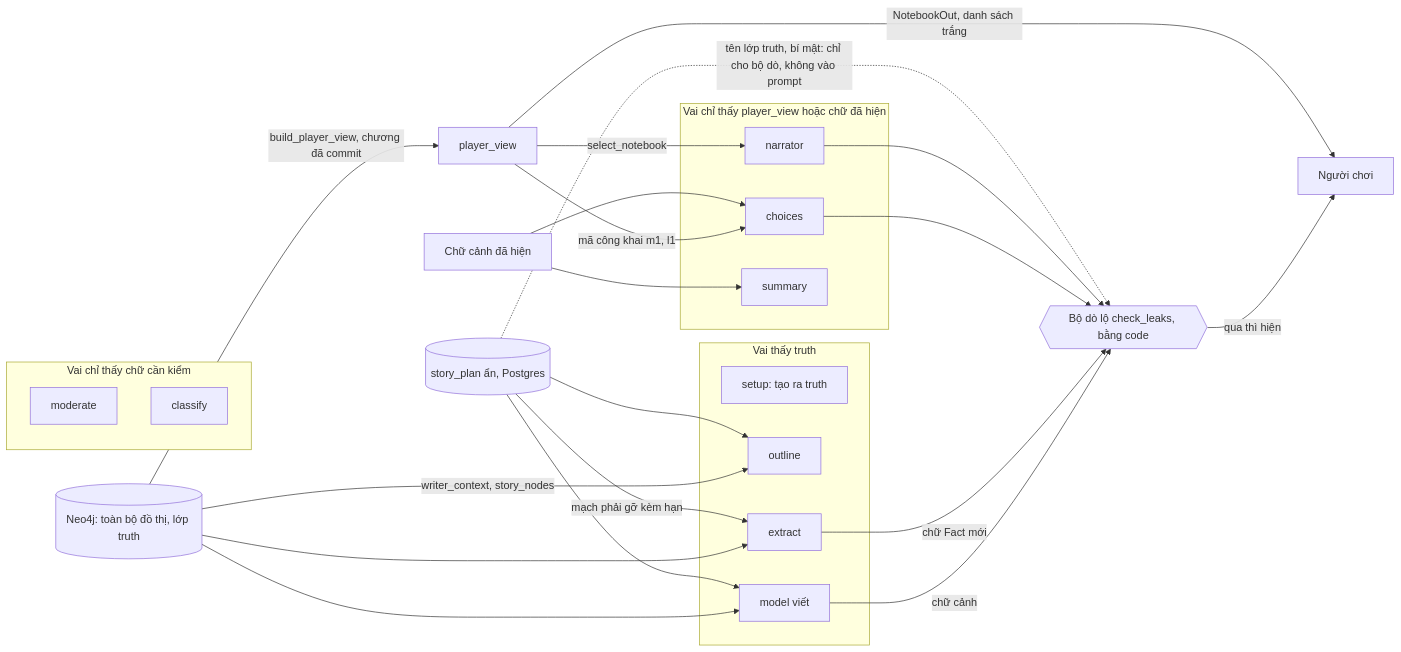
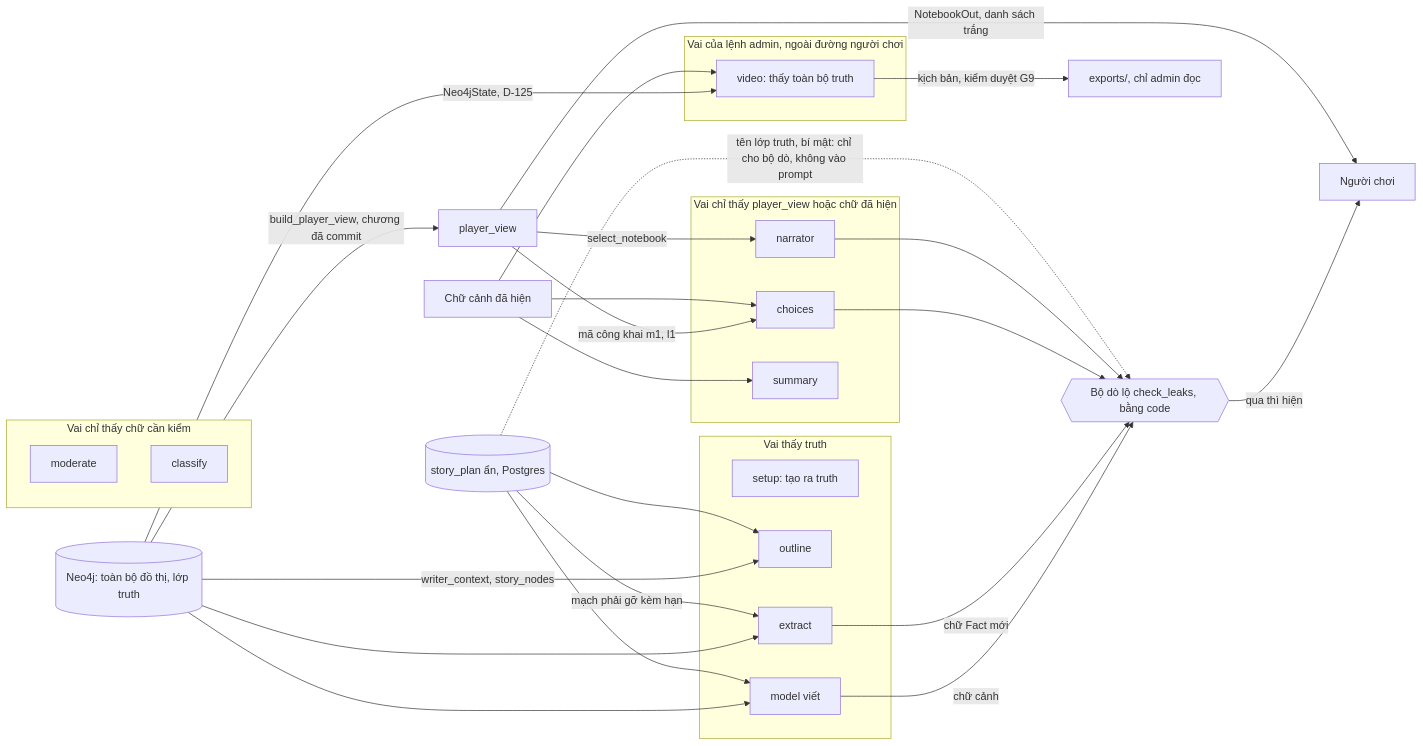
The eighth of 12 diagrams in docs/architecture.md (orms147/writory), drawn with Mermaid before and after one commit. The commit also changed other lines of this file and 5 other files, not shown here.

````diff
--- a/docs/architecture.md
+++ b/docs/architecture.md
@@ -263,39 +270,45 @@
 ```mermaid
 flowchart LR
   neo[("Neo4j: toàn bộ đồ thị, lớp truth")]
   plan[("story_plan ẩn, Postgres")]
   subgraph sees_truth["Vai thấy truth"]
     v_setup["setup: tạo ra truth"]
     v_outline["outline"]
     v_writer["model viết"]
     v_extract["extract"]
   end
   subgraph sees_view["Vai chỉ thấy player_view hoặc chữ đã hiện"]
     v_choices["choices"]
     v_narrator["narrator"]
     v_summary["summary"]
   end
   subgraph sees_text["Vai chỉ thấy chữ cần kiểm"]
     v_moderate["moderate"]
     v_classify["classify"]
+  end
+  subgraph admin_only["Vai của lệnh admin, ngoài đường người chơi"]
+    v_video["video: thấy toàn bộ truth"]
   end
   neo -->|writer_context, story_nodes| v_outline
   neo --> v_writer
   neo --> v_extract
   plan --> v_outline
   plan --> v_writer
   plan -->|mạch phải gỡ kèm hạn| v_extract
   neo -->|build_player_view, chương đã commit| pv["player_view"]
   pv -->|mã công khai m1, l1| v_choices
   pv -->|select_notebook| v_narrator
   page["Chữ cảnh đã hiện"] --> v_summary
   page --> v_choices
   leak{{"Bộ dò lộ check_leaks, bằng code"}}
   v_writer -->|chữ cảnh| leak
   v_extract -->|chữ Fact mới| leak
   v_choices --> leak
   v_narrator --> leak
   plan -.->|tên lớp truth, bí mật: chỉ cho bộ dò, không vào prompt| leak
   leak -->|qua thì hiện| player["Người chơi"]
   pv -->|NotebookOut, danh sách trắng| player
+  neo -->|Neo4jState, D-125| v_video
+  page --> v_video
+  v_video -->|kịch bản, kiểm duyệt G9| exports["exports/, chỉ admin đọc"]
 ```
````
